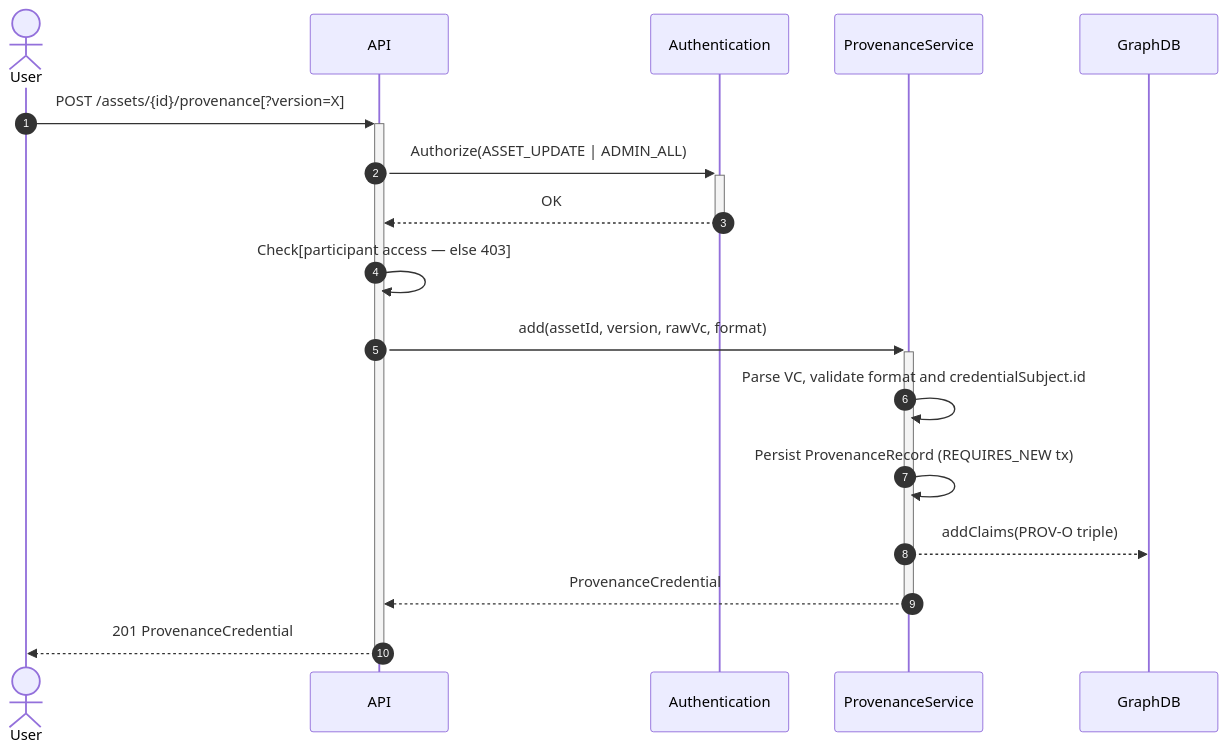
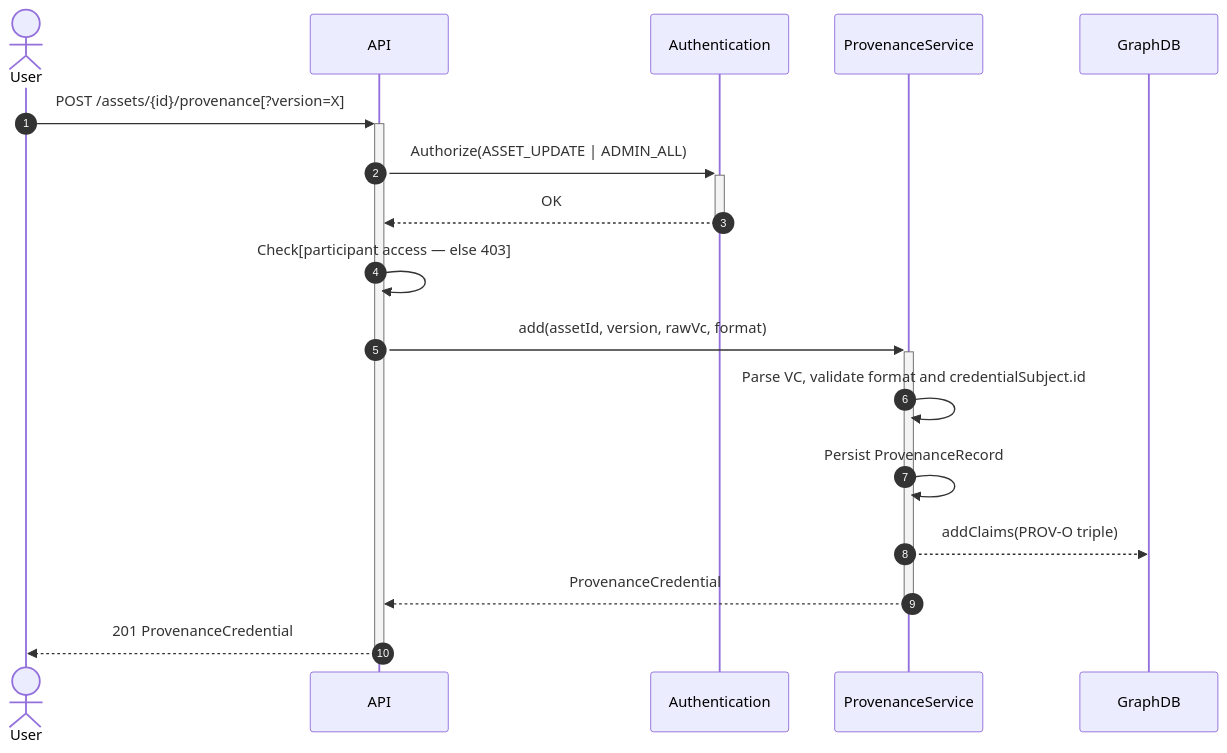
Diagram 23 of 44 in federated-catalogue/src/docs/architecture/chapters/06_runtime_view.adoc (federated-catalogue-enhancements-2026/docs), drawn with Mermaid before and after one commit. The commit also changed other lines of this file and 1 other file, not shown here.

```diff
--- a/federated-catalogue/src/docs/architecture/chapters/06_runtime_view.adoc
+++ b/federated-catalogue/src/docs/architecture/chapters/06_runtime_view.adoc
@@ -787,20 +787,20 @@
 [mermaid, width=2000]
 ....
 sequenceDiagram
     autonumber
     actor User
     participant API
     participant Auth as Authentication
     participant ProvenanceService
     participant GraphDB
     User ->> + API:POST /assets/{id}/provenance[?version=X]
     API ->> + Auth:Authorize(ASSET_UPDATE | ADMIN_ALL)
     Auth -->> - API:OK
     API ->> API:Check[participant access — else 403]
     API ->> + ProvenanceService:add(assetId, version, rawVc, format)
     ProvenanceService ->> ProvenanceService:Parse VC, validate format and credentialSubject.id
-    ProvenanceService ->> ProvenanceService:Persist ProvenanceRecord (REQUIRES_NEW tx)
+    ProvenanceService ->> ProvenanceService:Persist ProvenanceRecord
     ProvenanceService -->> GraphDB:addClaims(PROV-O triple)
     ProvenanceService -->> - API:ProvenanceCredential
     API -->> - User:201 ProvenanceCredential
 ....
```
